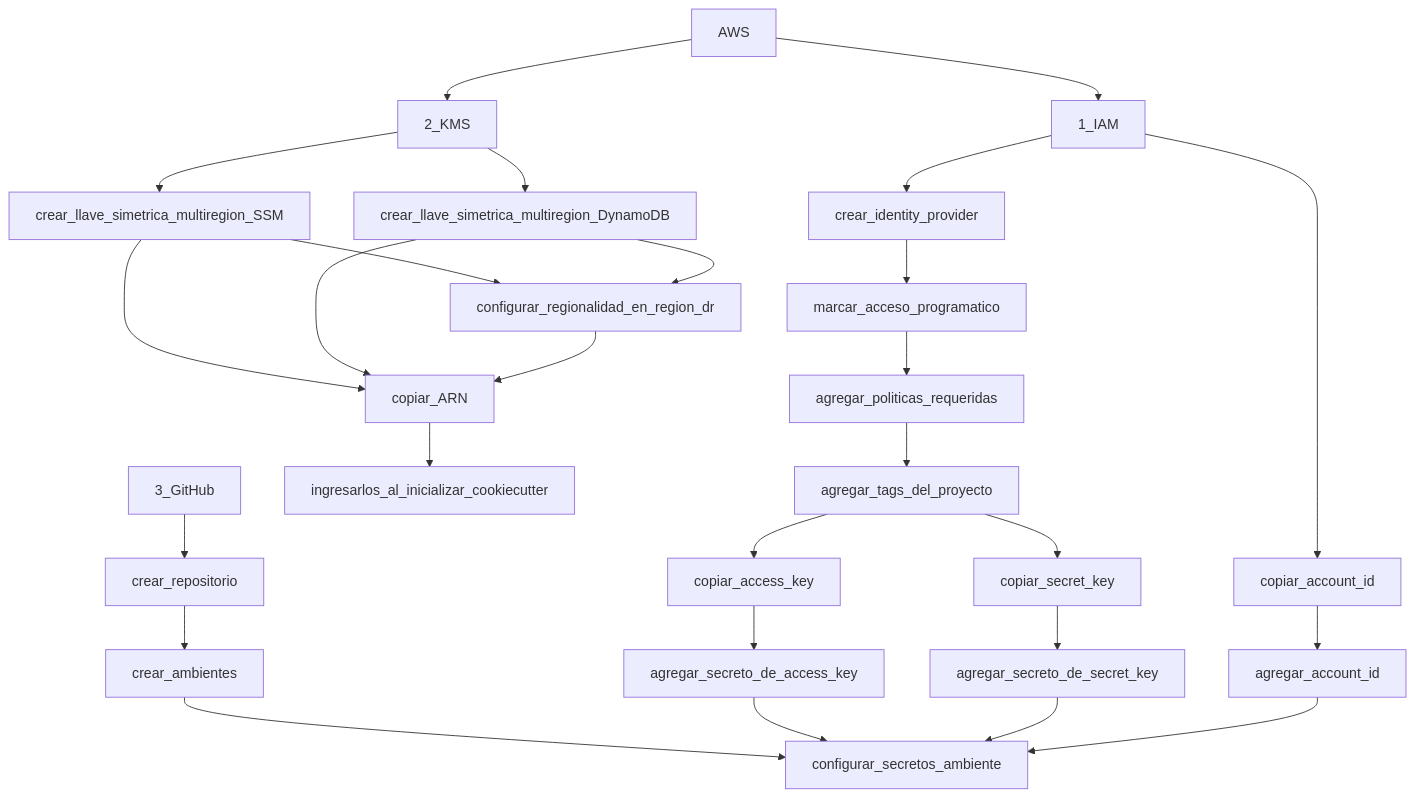
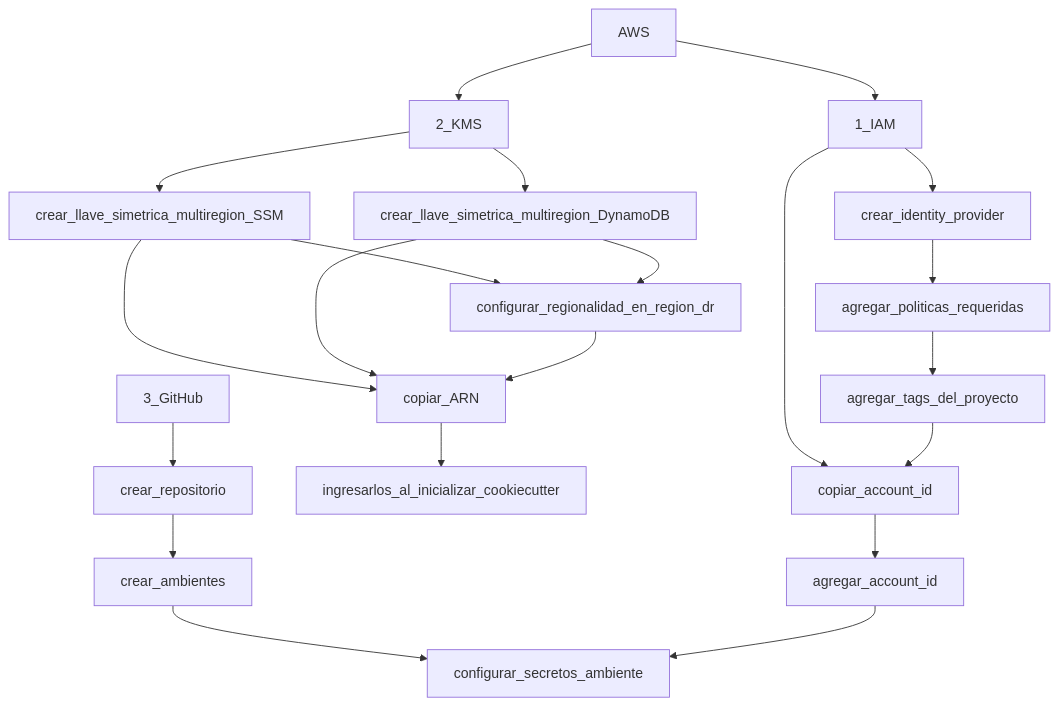
One commit to spsmexico/aws_sam_github_quickstart_template changed the diagram in README.md. Above: the diagram before and after it, drawn with Mermaid. The commit also changed other lines of this file, not shown here.

Commit message:
docs: se realizan ajustes a readme para despliegue por rol

````diff
--- a/README.md
+++ b/README.md
@@ -268,34 +268,28 @@
 ```mermaid
   graph TD;
 
 
       AWS-->1_IAM;
       1_IAM-->crear_identity_provider;
       1_IAM-->copiar_account_id;
-      crear_identity_provider-->marcar_acceso_programatico;
-      marcar_acceso_programatico-->agregar_politicas_requeridas;
+      crear_identity_provider-->agregar_politicas_requeridas;
       agregar_politicas_requeridas-->agregar_tags_del_proyecto;
-      agregar_tags_del_proyecto-->copiar_access_key;
-      agregar_tags_del_proyecto-->copiar_secret_key;
+      agregar_tags_del_proyecto-->copiar_account_id;
       copiar_account_id-->agregar_account_id;
 
       AWS-->2_KMS;
       2_KMS-->crear_llave_simetrica_multiregion_SSM;
       crear_llave_simetrica_multiregion_SSM-->copiar_ARN;
       2_KMS-->crear_llave_simetrica_multiregion_DynamoDB;
       crear_llave_simetrica_multiregion_DynamoDB-->copiar_ARN;
       crear_llave_simetrica_multiregion_SSM-->configurar_regionalidad_en_region_dr;
       crear_llave_simetrica_multiregion_DynamoDB-->configurar_regionalidad_en_region_dr;
       configurar_regionalidad_en_region_dr-->copiar_ARN;
       copiar_ARN-->ingresarlos_al_inicializar_cookiecutter;    
 
       3_GitHub-->crear_repositorio;
       crear_repositorio-->crear_ambientes;
       crear_ambientes-->configurar_secretos_ambiente;
-      copiar_access_key-->agregar_secreto_de_access_key;
-      copiar_secret_key-->agregar_secreto_de_secret_key;
-      agregar_secreto_de_access_key-->configurar_secretos_ambiente;
-      agregar_secreto_de_secret_key-->configurar_secretos_ambiente;
       agregar_account_id-->configurar_secretos_ambiente;
                 
 ```
````
